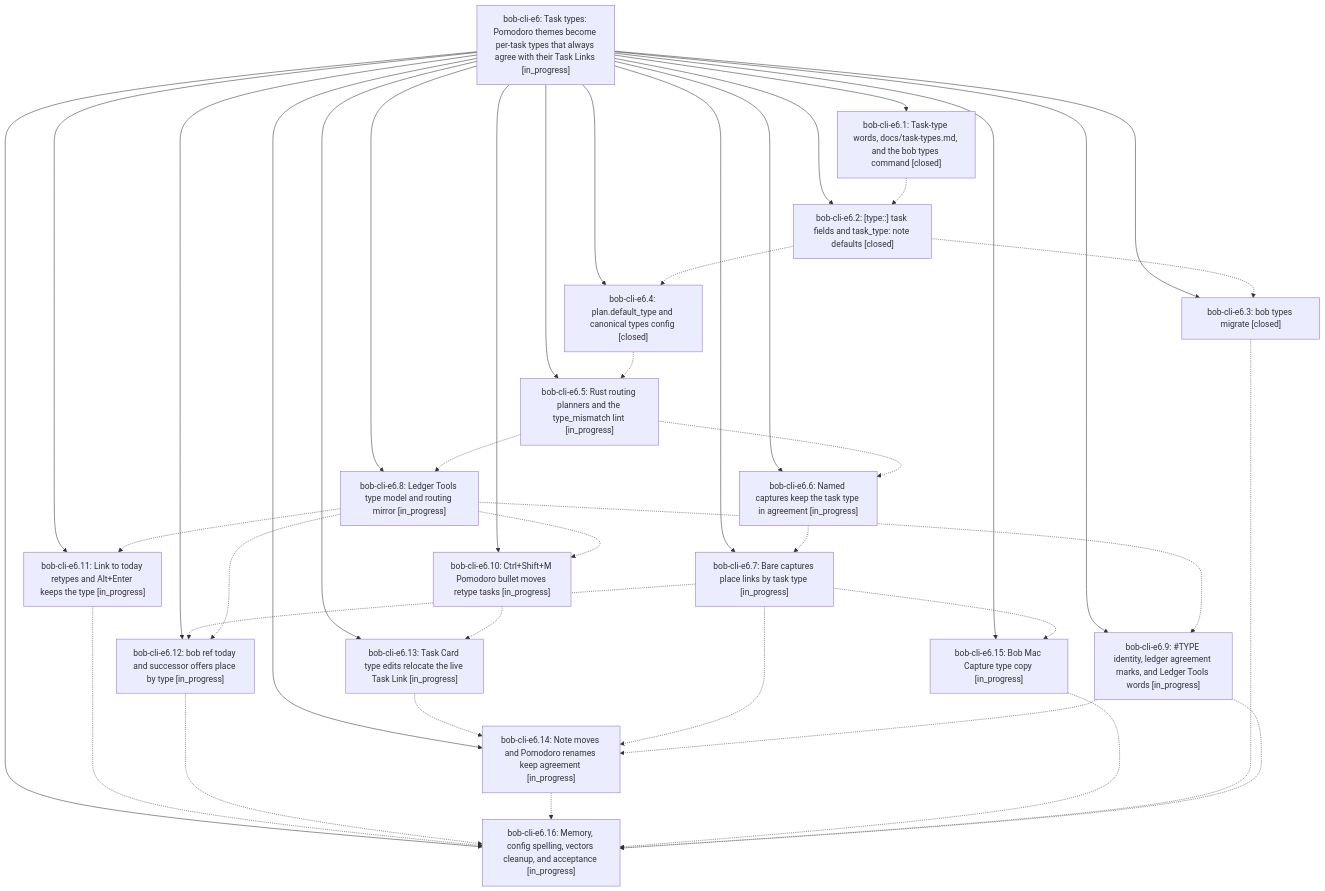
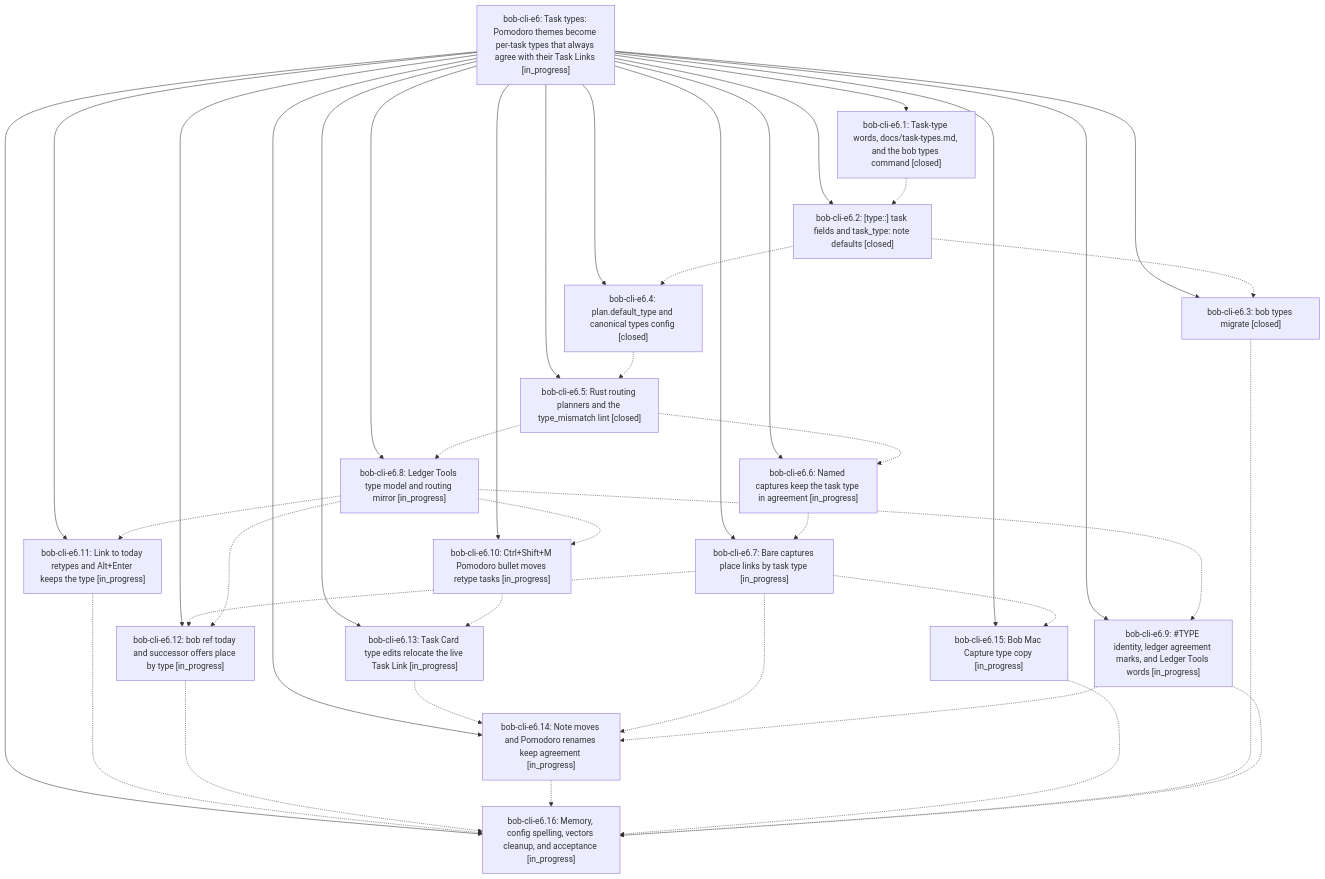
The diagram in pages/bob-cli-e6/README.md (bobs-org/bob-cli--beads), drawn with Mermaid before and after one commit. The commit also changed other lines of this file and 5 other files, not shown here.

First line of the commit message:
chore(beads): sync bead state and pages for bob-cli-e6

````diff
--- a/pages/bob-cli-e6/README.md
+++ b/pages/bob-cli-e6/README.md
@@ -55,59 +55,59 @@
 ```mermaid
 flowchart TD
     n0["bob-cli-e6: Task types: Pomodoro themes become per-task types that always agree with their Task Links [in_progress]"]
     n1["bob-cli-e6.1: Task-type words, docs/task-types.md, and the bob types command [closed]"]
     n2["bob-cli-e6.10: Ctrl+Shift+M Pomodoro bullet moves retype tasks [in_progress]"]
     n3["bob-cli-e6.11: Link to today retypes and Alt+Enter keeps the type [in_progress]"]
     n4["bob-cli-e6.12: bob ref today and successor offers place by type [in_progress]"]
     n5["bob-cli-e6.13: Task Card type edits relocate the live Task Link [in_progress]"]
     n6["bob-cli-e6.14: Note moves and Pomodoro renames keep agreement [in_progress]"]
     n7["bob-cli-e6.15: Bob Mac Capture type copy [in_progress]"]
     n8["bob-cli-e6.16: Memory, config spelling, vectors cleanup, and acceptance [in_progress]"]
     n9["bob-cli-e6.2: [type::] task fields and task_type: note defaults [closed]"]
     n10["bob-cli-e6.3: bob types migrate [closed]"]
     n11["bob-cli-e6.4: plan.default_type and canonical types config [closed]"]
-    n12["bob-cli-e6.5: Rust routing planners and the type_mismatch lint [in_progress]"]
+    n12["bob-cli-e6.5: Rust routing planners and the type_mismatch lint [closed]"]
     n13["bob-cli-e6.6: Named captures keep the task type in agreement [in_progress]"]
     n14["bob-cli-e6.7: Bare captures place links by task type [in_progress]"]
     n15["bob-cli-e6.8: Ledger Tools type model and routing mirror [in_progress]"]
     n16["bob-cli-e6.9: #TYPE identity, ledger agreement marks, and Ledger Tools words [in_progress]"]
     n0 --> n1
     n0 --> n2
     n0 --> n3
     n0 --> n4
     n0 --> n5
     n0 --> n6
     n0 --> n7
     n0 --> n8
     n0 --> n9
     n0 --> n10
     n0 --> n11
     n0 --> n12
     n0 --> n13
     n0 --> n14
     n0 --> n15
     n0 --> n16
     n1 -.-> n9
     n2 -.-> n5
     n3 -.-> n8
     n4 -.-> n8
     n5 -.-> n6
     n6 -.-> n8
     n7 -.-> n8
     n9 -.-> n10
     n9 -.-> n11
     n10 -.-> n8
     n11 -.-> n12
     n12 -.-> n13
     n12 -.-> n15
     n13 -.-> n14
     n14 -.-> n4
     n14 -.-> n6
     n14 -.-> n7
     n15 -.-> n2
     n15 -.-> n3
     n15 -.-> n4
     n15 -.-> n16
     n16 -.-> n6
     n16 -.-> n8
 ```
````
